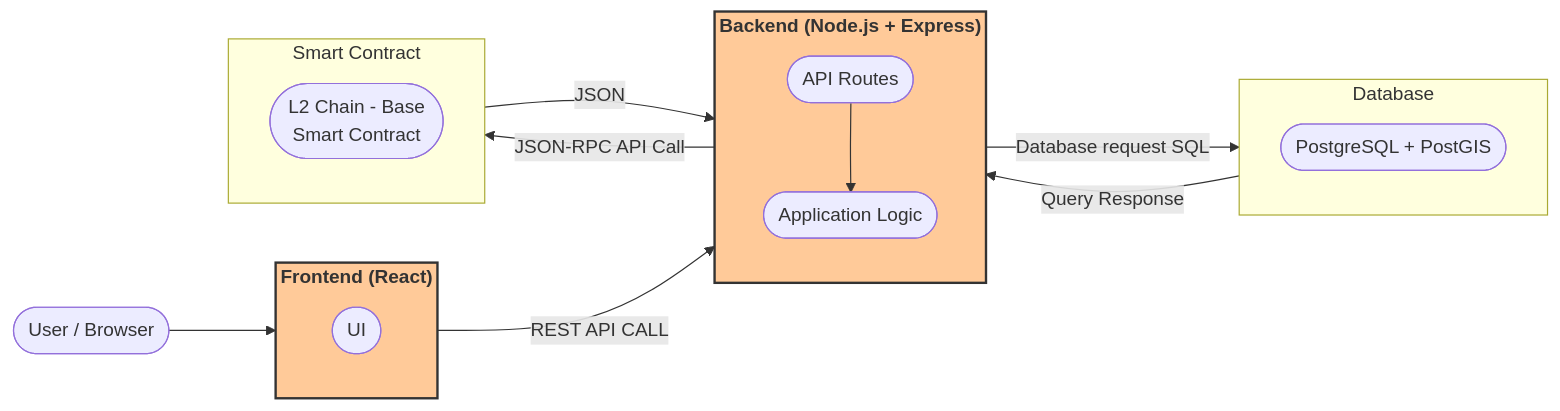
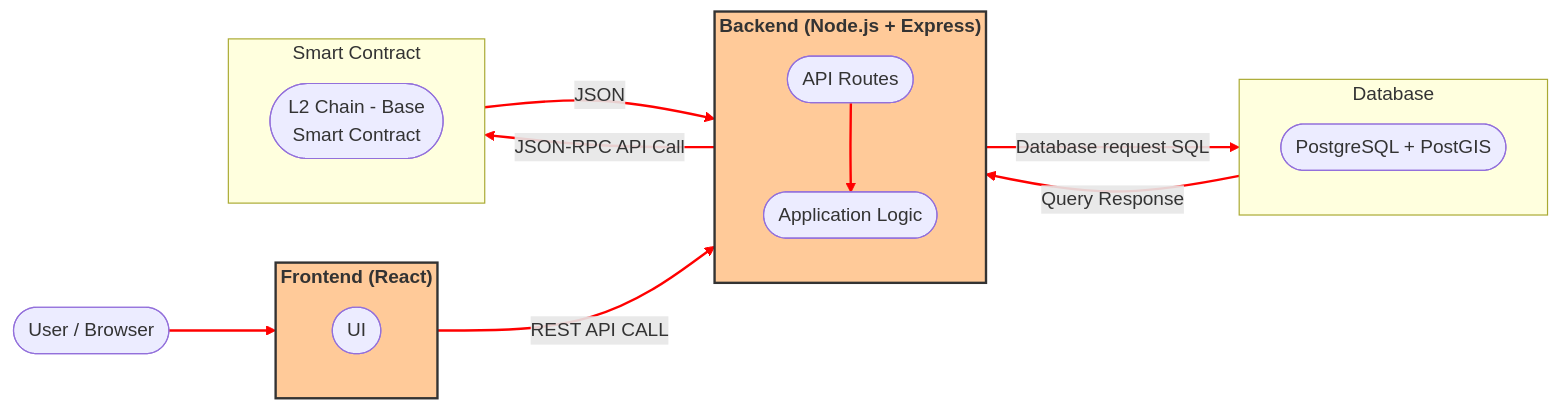
One commit to AnnaP464/COMP-4350-Group-8 changed the diagram in Sprint 0/sprint0.md. Above: the diagram before and after it, drawn with Mermaid.

````diff
--- a/Sprint 0/sprint0.md
+++ b/Sprint 0/sprint0.md
@@ -9,41 +9,42 @@
 ```mermaid
 flowchart LR
   user([User / Browser])
 
   subgraph FE ["Frontend (React)"]
     direction TB
     app([UI])
   end
 
 style FE fill:#ffca99,stroke:#333,stroke-width:2px,color:#0
 
   subgraph BE ["Backend (Node.js + Express)"]
     direction TB
     api([API Routes])
     logic([Application Logic])
   end
 
 style BE fill:#ffca99,stroke:#333,stroke-width:2px,color:#0
 
 
   subgraph db ["Database"]
     data([PostgreSQL + PostGIS])
   end
   subgraph l2 ["Smart Contract"]
     block([L2 Chain - Base<br/>Smart Contract])
   end
 
   %% Connections
   user --> app
   app -->|REST API CALL| api
   api --> logic
   logic --> |Database request SQL|db
   db --> |Query Response|logic
   logic -->|JSON-RPC API Call| l2
   l2 --> |JSON| logic
 
  %% Styling
   classDef bigLabel font-size:16px,font-weight:bold,fill:#f9f9f9,stroke:#333,stroke-width:2px;
   class BE bigLabel
   class FE bigLabel
+  linkStyle default stroke:#ff0000,stroke-width:2px;
 ```
````
